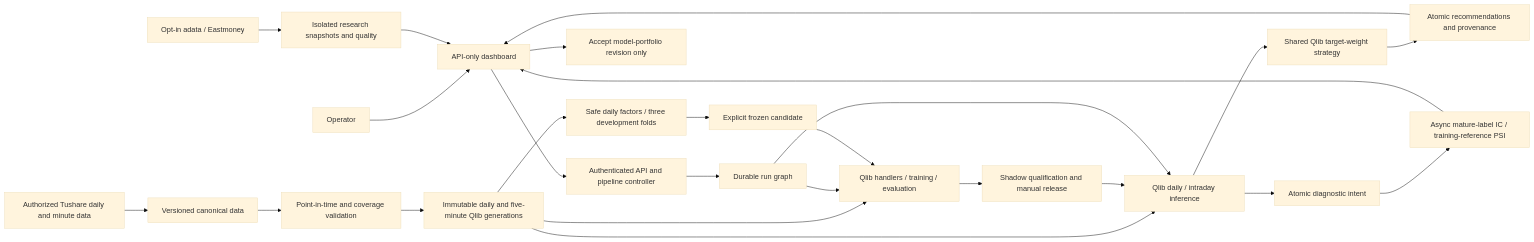
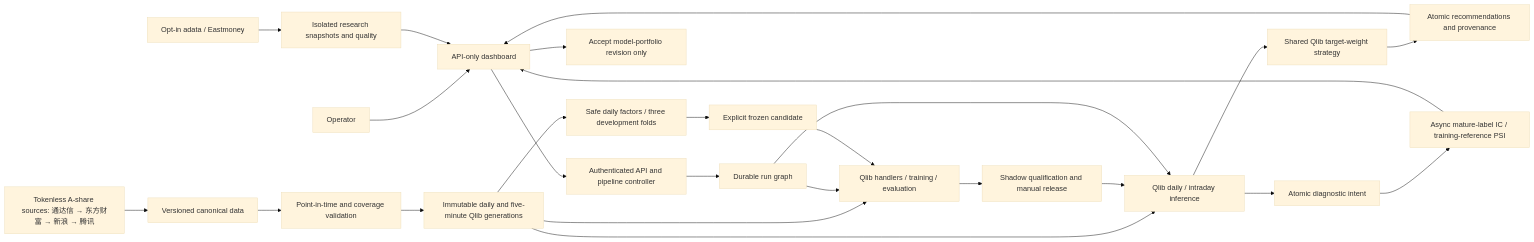
One commit to youtaya/quap changed the diagram in docs/系统框架.md. Above: the diagram before and after it, drawn with Mermaid (base theme). The commit also changed other lines of this file and 66 other files, not shown here.

````diff
--- a/docs/系统框架.md
+++ b/docs/系统框架.md
@@ -11,27 +11,27 @@
 ```mermaid
 flowchart LR
   operator[Operator] --> dashboard[API-only dashboard]
   dashboard --> api[Authenticated API and pipeline controller]
   api --> runs[Durable run graph]
-  source[Authorized Tushare daily and minute data] --> raw[Versioned canonical data]
+  source[Tokenless A-share sources: 通达信 → 东方财富 → 新浪 → 腾讯] --> raw[Versioned canonical data]
   raw --> quality[Point-in-time and coverage validation]
   quality --> data[Immutable daily and five-minute Qlib generations]
   data --> train[Qlib handlers / training / evaluation]
   train --> release[Shadow qualification and manual release]
   data --> infer[Qlib daily / intraday inference]
   release --> infer
   infer --> strategy[Shared Qlib target-weight strategy]
   strategy --> reports[Atomic recommendations and provenance]
   reports --> dashboard
   dashboard --> accept[Accept model-portfolio revision only]
   runs --> train
   runs --> infer
   supplement[Opt-in adata / Eastmoney] --> quarantine[Isolated research snapshots and quality]
   quarantine --> dashboard
   data --> experiments[Safe daily factors / three development folds]
   experiments --> freeze[Explicit frozen candidate]
   freeze --> train
   infer --> intent[Atomic diagnostic intent]
   intent --> diagnostics[Async mature-label IC / training-reference PSI]
   diagnostics --> dashboard
 ```
````
